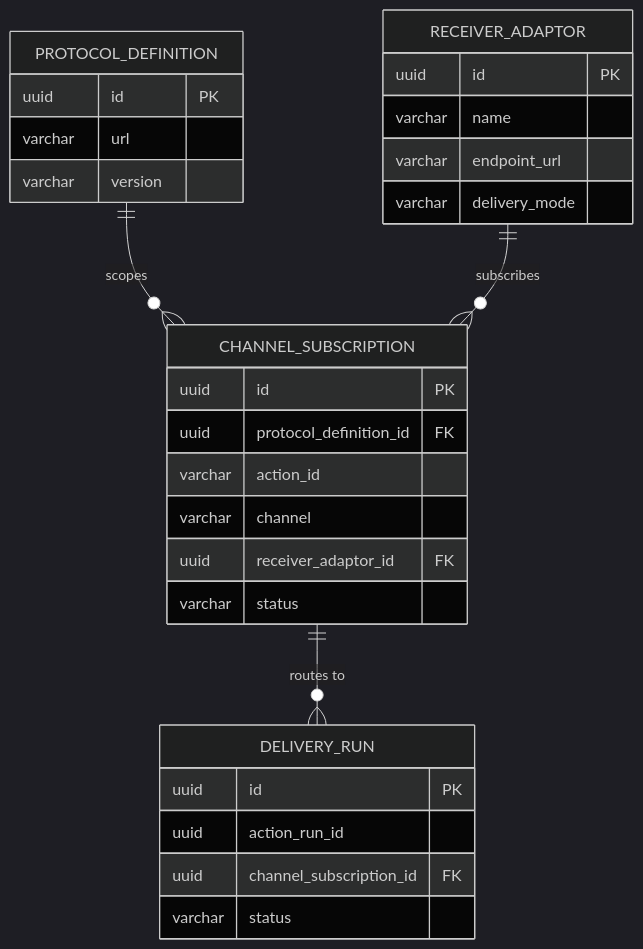
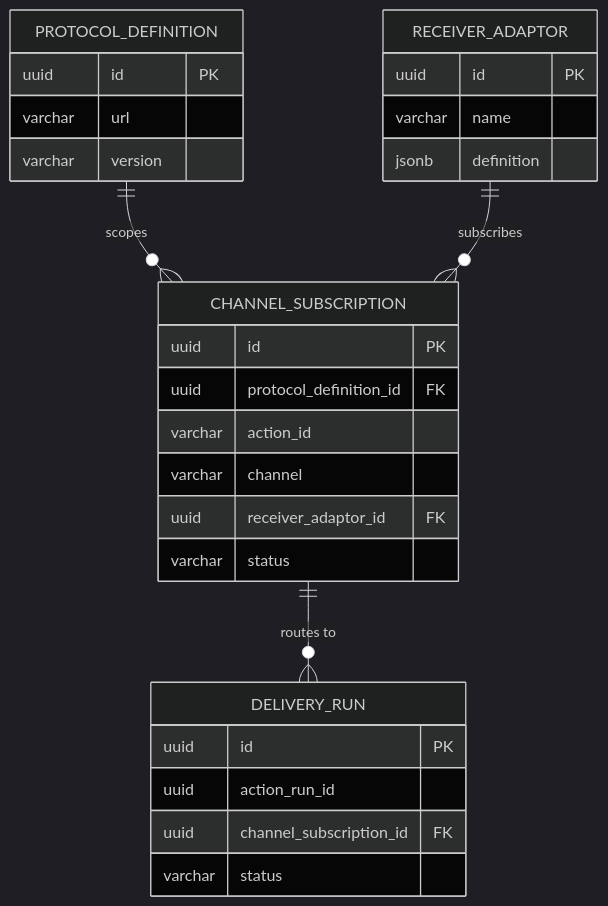
One commit to Jayaprakash8887/cce-intelligence-service changed the fourth of 6 diagrams in docs/architecture-overview.md. Above: the diagram before and after it, drawn with Mermaid (dark theme). The commit also changed other lines of this file and 4 other files, not shown here.

````diff
--- a/docs/architecture-overview.md
+++ b/docs/architecture-overview.md
@@ -407,35 +407,34 @@
 ```mermaid
 erDiagram
     PROTOCOL_DEFINITION ||--o{ CHANNEL_SUBSCRIPTION : "scopes"
     RECEIVER_ADAPTOR ||--o{ CHANNEL_SUBSCRIPTION : "subscribes"
     CHANNEL_SUBSCRIPTION ||--o{ DELIVERY_RUN : "routes to"
 
     PROTOCOL_DEFINITION {
         uuid id PK
         varchar url
         varchar version
     }
 
     CHANNEL_SUBSCRIPTION {
         uuid id PK
         uuid protocol_definition_id FK
         varchar action_id
         varchar channel
         uuid receiver_adaptor_id FK
         varchar status
     }
 
     RECEIVER_ADAPTOR {
         uuid id PK
         varchar name
-        varchar endpoint_url
-        varchar delivery_mode
+        jsonb definition
     }
 
     DELIVERY_RUN {
         uuid id PK
         uuid action_run_id
         uuid channel_subscription_id FK
         varchar status
     }
 ```
````
